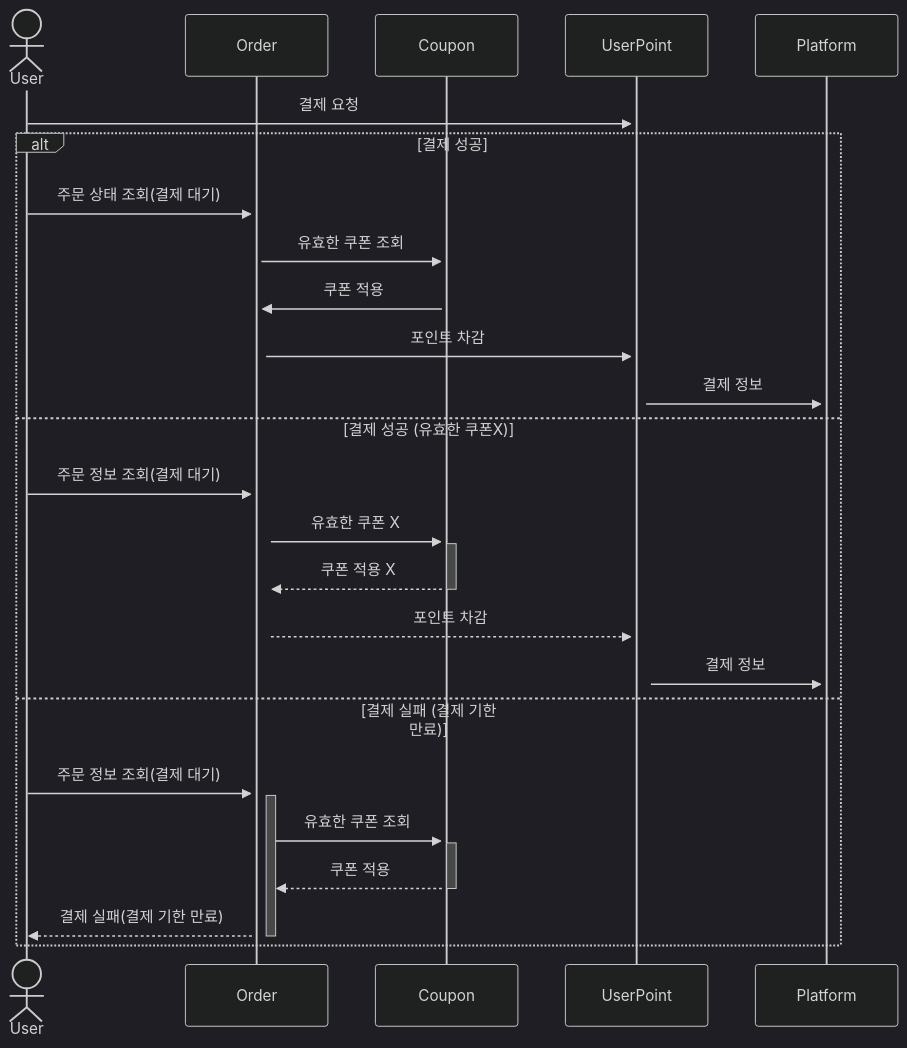
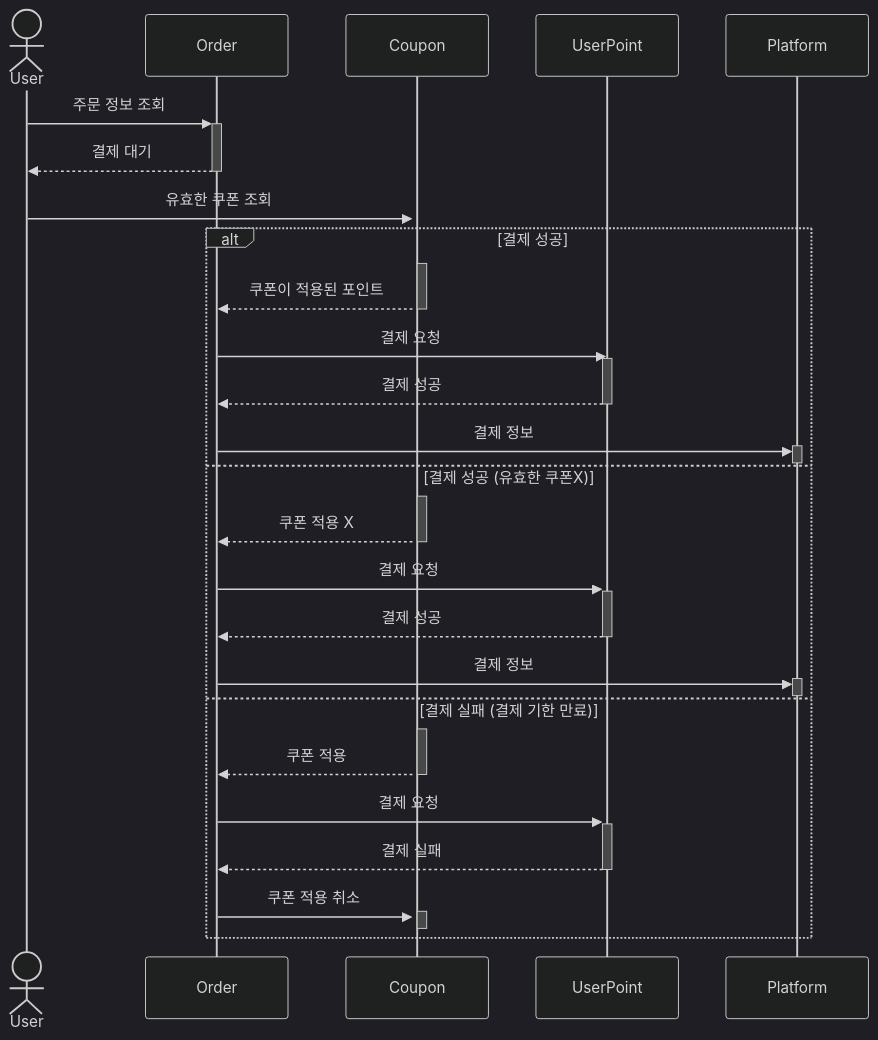
One commit to Ssoyoung-J/e-commerce-service changed the sixth of 9 diagrams in docs/SequenceDiagram.md. Above: the diagram before and after it, drawn with Mermaid (dark theme). The commit also changed other lines of this file, not shown here.

Commit message:
docs: SequenceDiagram 2.0

````diff
--- a/docs/SequenceDiagram.md
+++ b/docs/SequenceDiagram.md
@@ -75,30 +73,37 @@
 ```mermaid
 sequenceDiagram
     actor User
     participant Order
     participant Coupon
     participant UserPoint
     participant Platform
-    
-    User ->>+ UserPoint: 결제 요청
-    alt 결제 성공 
-        User ->>+ Order : 주문 상태 조회(결제 대기)
-        Order ->>+ Coupon : 유효한 쿠폰 조회
-        Coupon ->>+ Order: 쿠폰 적용
-        Order ->>+ UserPoint: 포인트 차감
-        UserPoint ->>+ Platform: 결제 정보
+
+    User ->>+ Order : 주문 정보 조회
+    Order -->>- User : 결제 대기
+    User ->>+ Coupon : 유효한 쿠폰 조회
+    alt 결제 성공
+        activate Coupon
+        Coupon -->>- Order: 쿠폰이 적용된 포인트
+        Order ->> UserPoint: 결제 요청
+        activate UserPoint
+        UserPoint -->>- Order: 결제 성공
+        Order ->>+ Platform: 결제 정보
+        deactivate Platform
     else 결제 성공 (유효한 쿠폰X)
-        User ->>+ Order : 주문 정보 조회(결제 대기)
-        Order ->>+ Coupon : 유효한 쿠폰 X
+        activate Coupon
         Coupon -->>- Order: 쿠폰 적용 X
-        Order -->>+ UserPoint: 포인트 차감
-        UserPoint ->>+ Platform: 결제 정보
-    else 결제 실패 (결제 기한 만료) 
-%%    ex : 무통장 입금
-        User ->>+ Order : 주문 정보 조회(결제 대기)
-        Order ->>+ Coupon : 유효한 쿠폰 조회
+        Order ->>+ UserPoint: 결제 요청
+        UserPoint -->>- Order : 결제 성공
+        Order ->>+ Platform: 결제 정보
+        deactivate Platform
+    else 결제 실패 (결제 기한 만료)
+    %% ex : 무통장 입금
+        activate Coupon
         Coupon -->>- Order : 쿠폰 적용
-        Order -->>- User : 결제 실패(결제 기한 만료)
-        
+        Order ->>+ UserPoint : 결제 요청
+        UserPoint -->>- Order : 결제 실패
+        Order ->>+ Coupon: 쿠폰 적용 취소
+        deactivate Coupon
     end
+
 ```
````
